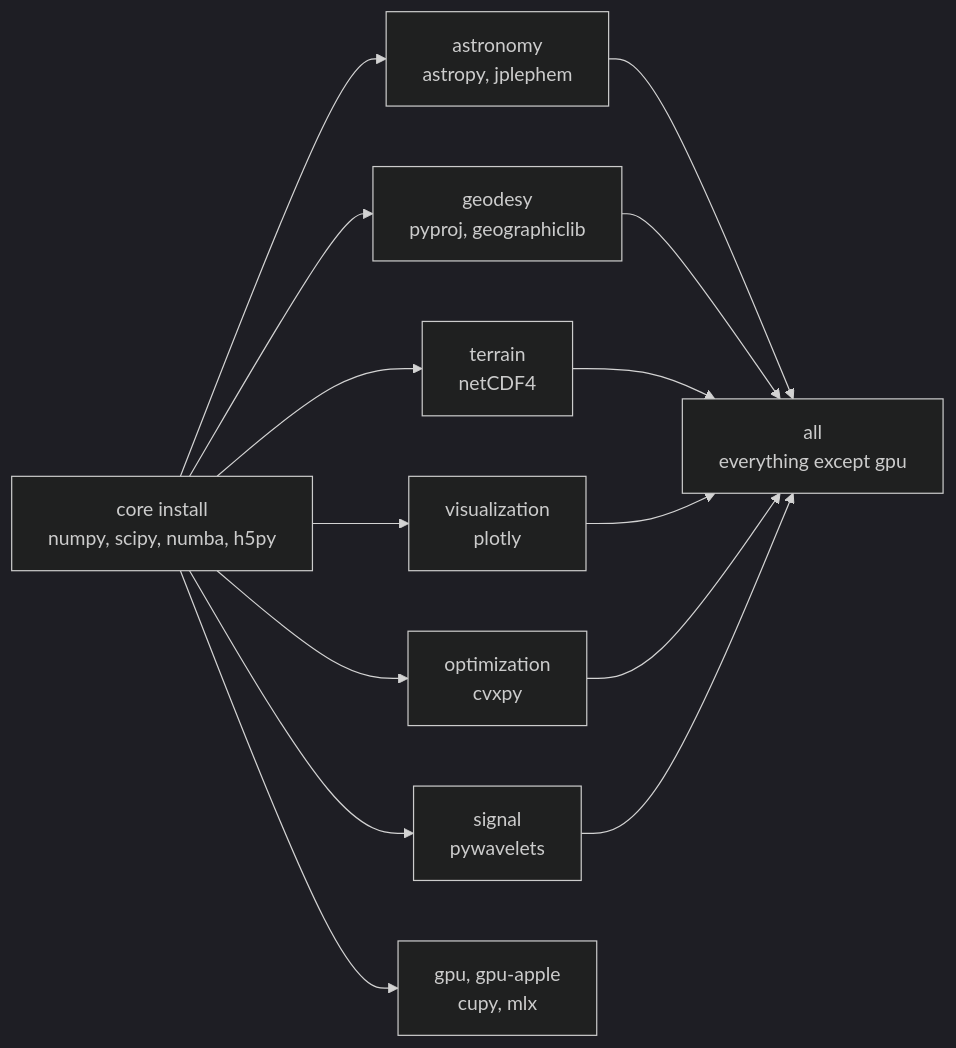
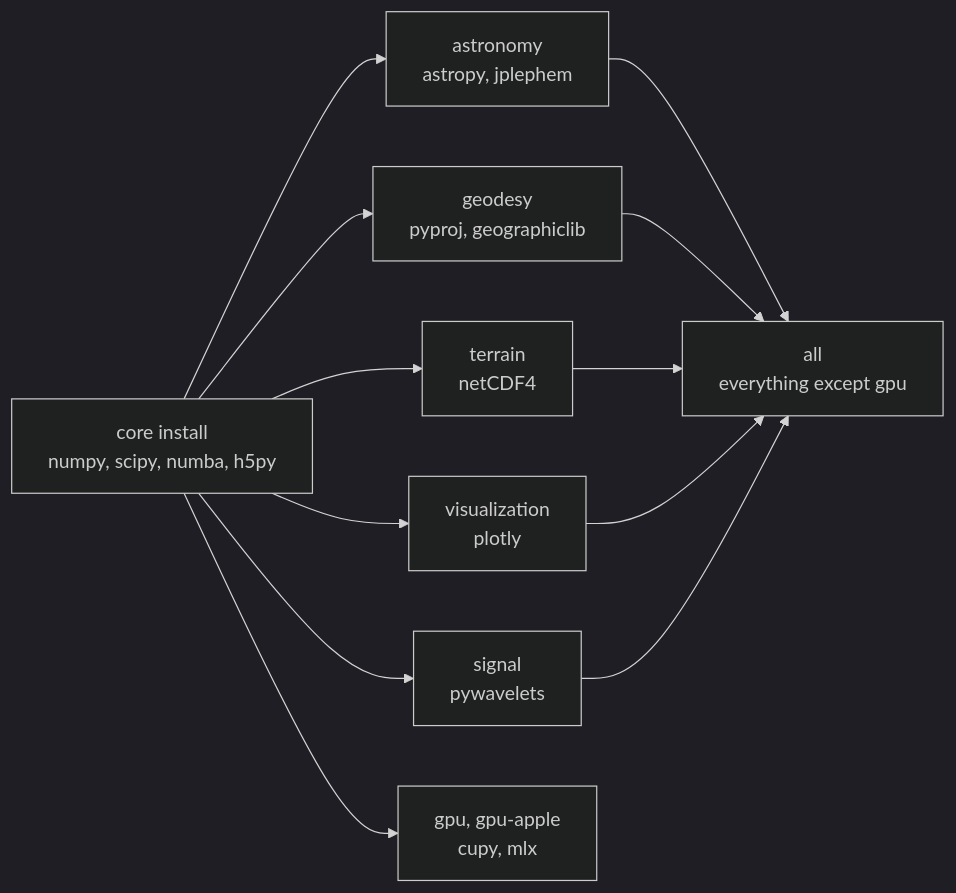
The fourth of 4 diagrams in docs/architecture.rst (nedonatelli/TCL), drawn with Mermaid (dark theme) before and after one commit. The commit also changed other lines of this file and 28 other files, not shown here.

```diff
--- a/docs/architecture.rst
+++ b/docs/architecture.rst
@@ -315,17 +315,15 @@
 .. mermaid::
 
    graph LR
        CORE["core install<br/>numpy, scipy, numba, h5py"]
        CORE --> AST["astronomy<br/>astropy, jplephem"]
        CORE --> GEO["geodesy<br/>pyproj, geographiclib"]
        CORE --> TER["terrain<br/>netCDF4"]
        CORE --> VIS["visualization<br/>plotly"]
-       CORE --> OPT["optimization<br/>cvxpy"]
        CORE --> SIG["signal<br/>pywavelets"]
        CORE --> GPU["gpu, gpu-apple<br/>cupy, mlx"]
        AST --> ALL["all<br/>everything except gpu"]
        GEO --> ALL
        TER --> ALL
        VIS --> ALL
-       OPT --> ALL
        SIG --> ALL
```
